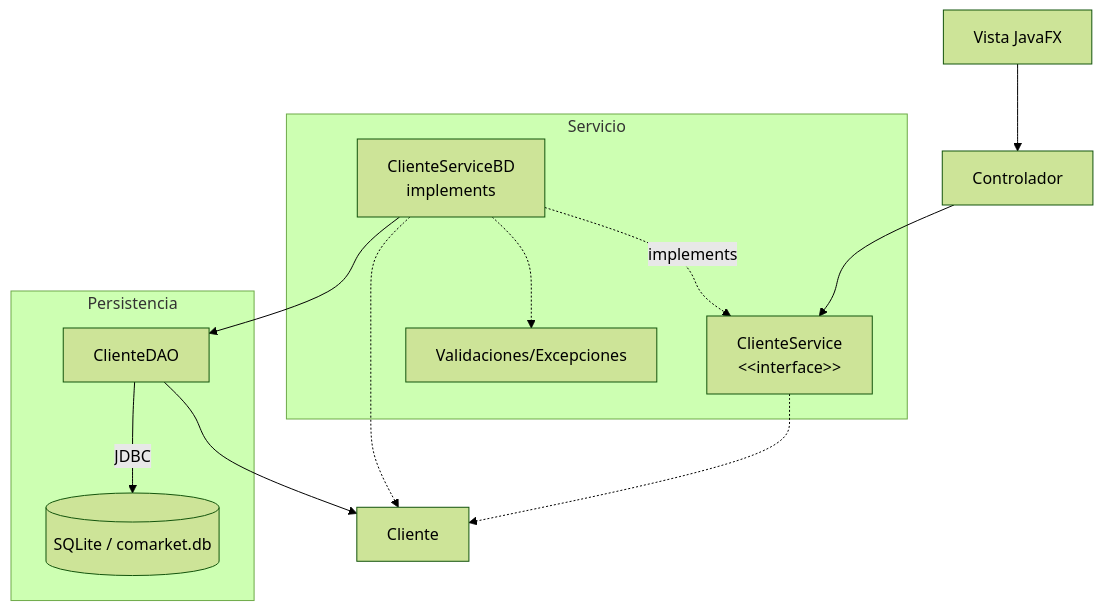
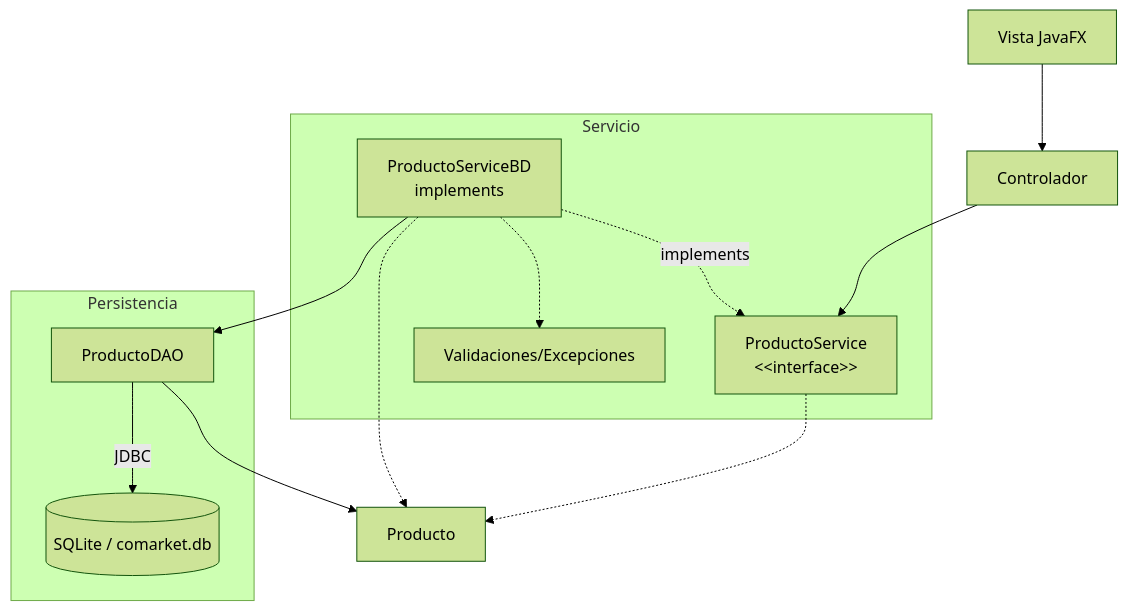
The diagram in docs/S10_DAO_CRUD_GUI.md (262poo/comarket), drawn with Mermaid (forest theme) before and after one commit. The commit also changed other lines of this file and 12 other files, not shown here.

````diff
--- a/docs/S10_DAO_CRUD_GUI.md
+++ b/docs/S10_DAO_CRUD_GUI.md
@@ -61,28 +61,28 @@
 ```mermaid
 flowchart TB
     Vista["Vista JavaFX"]
     Controlador["Controlador"]
 
     subgraph Servicio["Servicio"]
-        Contrato["ClienteService<br/>&lt;&lt;interface&gt;&gt;"]
-        ServicioBD["ClienteServiceBD<br/>implements"]
+        Contrato["ProductoService<br/>&lt;&lt;interface&gt;&gt;"]
+        ServicioBD["ProductoServiceBD<br/>implements"]
         Validaciones["Validaciones/Excepciones"]
     end
 
-    Entidades["Cliente"]
+    Entidades["Producto"]
 
     subgraph Persistencia["Persistencia"]
-        DAO["ClienteDAO"]
+        DAO["ProductoDAO"]
         SQLite[("SQLite / comarket.db")]
     end
 
     Vista --> Controlador
     Controlador --> Contrato
     ServicioBD -. implements .-> Contrato
     Contrato -.-> Entidades
     ServicioBD -.-> Entidades
     ServicioBD -.-> Validaciones
     ServicioBD --> DAO
     DAO --> Entidades
     DAO -->|"JDBC"| SQLite
 ```
````
